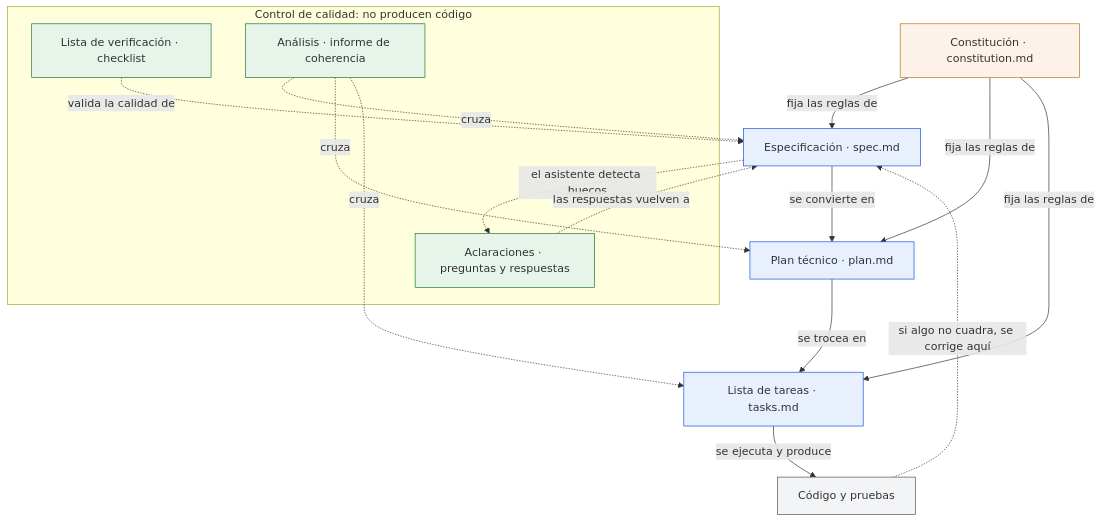
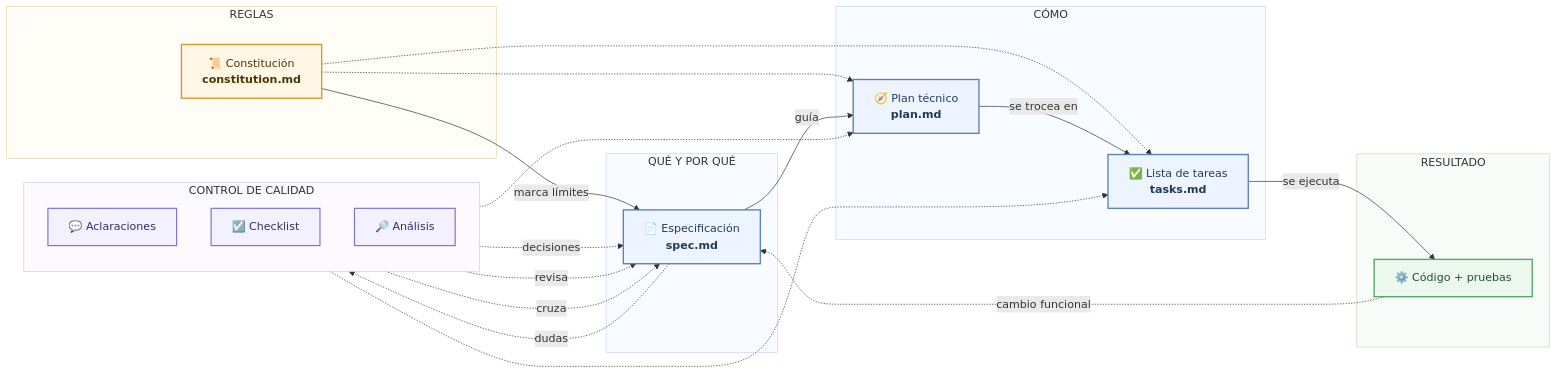
Before and after one commit to antroc/charla-sdd: the first of 2 diagrams in diagramas/03-artefactos-y-relaciones.md, drawn with Mermaid. The commit also changed other lines of this file and 5 other files, not shown here.

Commit message:
Mejorar visualmente los diagramas Mermaid

````diff
--- a/diagramas/03-artefactos-y-relaciones.md
+++ b/diagramas/03-artefactos-y-relaciones.md
@@ -18,30 +18,57 @@
 ```mermaid
-flowchart TD
-  C["Constitución · constitution.md"]
-  E["Especificación · spec.md"]
-  P["Plan técnico · plan.md"]
-  T["Lista de tareas · tasks.md"]
-  K["Código y pruebas"]
-  subgraph calidad ["Control de calidad: no producen código"]
-    A["Aclaraciones · preguntas y respuestas"]
-    L["Lista de verificación · checklist"]
-    N["Análisis · informe de coherencia"]
+flowchart LR
+  subgraph gobierno["REGLAS"]
+    C["📜 Constitución<br/><b>constitution.md</b>"]
   end
-  C -->|"fija las reglas de"| E & P & T
-  E -->|"se convierte en"| P
+
+  subgraph definicion["QUÉ Y POR QUÉ"]
+    E["📄 Especificación<br/><b>spec.md</b>"]
+  end
+
+  subgraph diseno["CÓMO"]
+    P["🧭 Plan técnico<br/><b>plan.md</b>"]
+    T["✅ Lista de tareas<br/><b>tasks.md</b>"]
+  end
+
+  subgraph entrega["RESULTADO"]
+    K["⚙️ Código + pruebas"]
+  end
+
+  subgraph calidad["CONTROL DE CALIDAD"]
+    direction TB
+    A["💬 Aclaraciones"]
+    L["☑️ Checklist"]
+    N["🔎 Análisis"]
+  end
+
+  C -->|"marca límites"| E
+  C -.-> P
+  C -.-> T
+  E -->|"guía"| P
   P -->|"se trocea en"| T
-  T -->|"se ejecuta y produce"| K
-  E -.->|"el asistente detecta huecos"| A
-  A -.->|"las respuestas vuelven a"| E
-  L -.->|"valida la calidad de"| E
-  N -.->|"cruza"| E & P & T
-  K -.->|"si algo no cuadra, se corrige aquí"| E
-  classDef principios fill:#FDF2E9,stroke:#B7791F;
-  classDef documento fill:#E8F0FE,stroke:#1A56DB;
-  classDef control fill:#E6F4EA,stroke:#1E7B34;
-  classDef codigo fill:#F3F4F6,stroke:#4B5563;
-  class C principios;
-  class E,P,T documento;
+  T -->|"se ejecuta"| K
+
+  E -.->|"dudas"| A
+  A -.->|"decisiones"| E
+  L -.->|"revisa"| E
+  N -.->|"cruza"| E
+  N -.-> P
+  N -.-> T
+  K -.->|"cambio funcional"| E
+
+  classDef rule fill:#FFF7E6,stroke:#D89B2B,stroke-width:2px,color:#4B3505;
+  classDef doc fill:#EEF4FF,stroke:#5D83B3,stroke-width:2px,color:#203A59;
+  classDef control fill:#F4F1FF,stroke:#8172C9,stroke-width:1.7px,color:#352D65;
+  classDef output fill:#ECF8EE,stroke:#55A868,stroke-width:2px,color:#214F2A;
+
+  class C rule;
+  class E,P,T doc;
   class A,L,N control;
-  class K codigo;
+  class K output;
+
+  style gobierno fill:#FFFDF8,stroke:#E9D8A6
+  style definicion fill:#F8FBFF,stroke:#C8D8EC
+  style diseno fill:#F8FBFF,stroke:#C8D8EC
+  style entrega fill:#F8FCF9,stroke:#BFDEC6
+  style calidad fill:#FCFAFF,stroke:#D1CBEA
 ```
````
